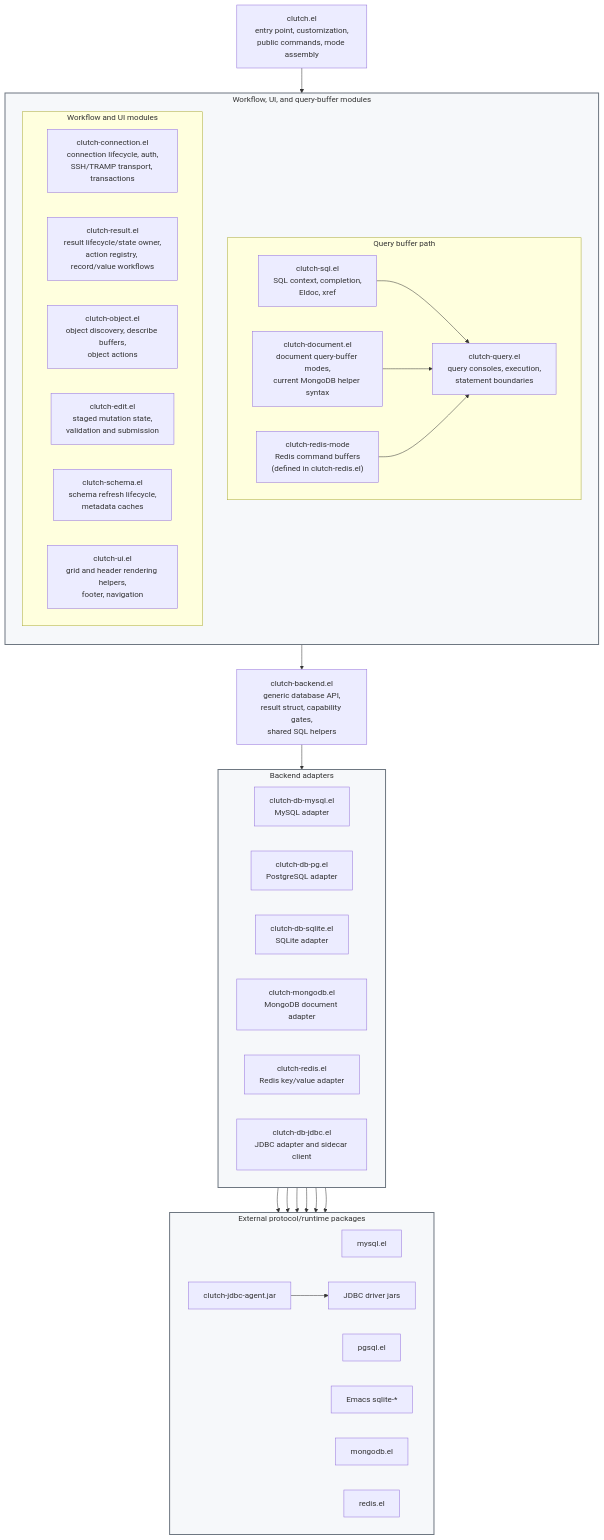
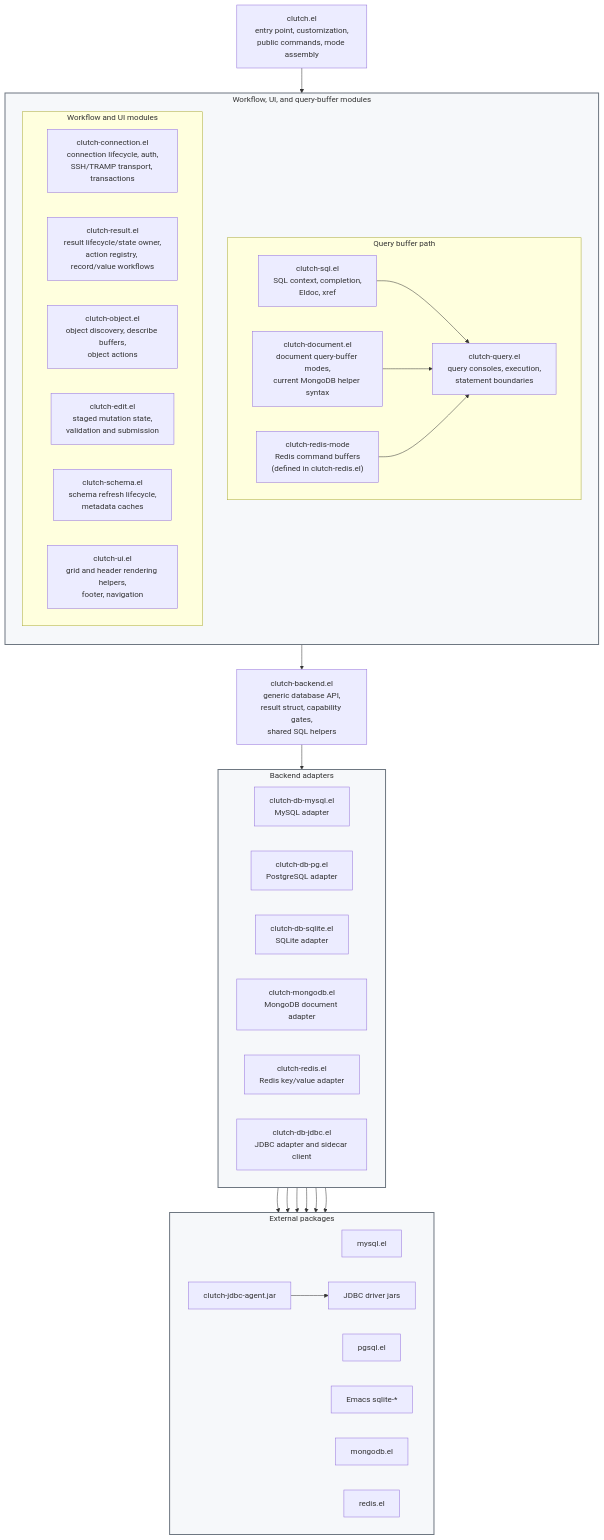
One commit to LuciusChen/clutch changed the first of 6 diagrams in docs/architecture.md. Above: the diagram before and after it, drawn with Mermaid. The commit also changed other lines of this file, not shown here.

````diff
--- a/docs/architecture.md
+++ b/docs/architecture.md
@@ -7,68 +7,68 @@
 ```mermaid
 flowchart TB
   Entry["clutch.el<br/>entry point, customization,<br/>public commands, mode assembly"]
 
   subgraph Workflow["Workflow, UI, and query-buffer modules"]
     direction TB
     subgraph QueryPath["Query buffer path"]
       direction LR
       SQL["clutch-sql.el<br/>SQL context, completion,<br/>Eldoc, xref"]
       Document["clutch-document.el<br/>document query-buffer modes,<br/>current MongoDB helper syntax"]
       RedisQuery["clutch-redis-mode<br/>Redis command buffers<br/>(defined in clutch-redis.el)"]
       Query["clutch-query.el<br/>query consoles, execution,<br/>statement boundaries"]
     end
 
     subgraph WorkflowModules["Workflow and UI modules"]
       direction LR
       Conn["clutch-connection.el<br/>connection lifecycle, auth,<br/>SSH/TRAMP transport, transactions"]
       Result["clutch-result.el<br/>result lifecycle/state owner,<br/>action registry, record/value workflows"]
       Object["clutch-object.el<br/>object discovery, describe buffers,<br/>object actions"]
       Edit["clutch-edit.el<br/>staged mutation state,<br/>validation and submission"]
       Schema["clutch-schema.el<br/>schema refresh lifecycle,<br/>metadata caches"]
       UI["clutch-ui.el<br/>grid and header rendering helpers,<br/>footer, navigation"]
     end
   end
 
   Facade["clutch-backend.el<br/>generic database API,<br/>result struct, capability gates,<br/>shared SQL helpers"]
 
   subgraph Adapters["Backend adapters"]
     direction LR
     MySQL["clutch-db-mysql.el<br/>MySQL adapter"]
     PG["clutch-db-pg.el<br/>PostgreSQL adapter"]
     SQLite["clutch-db-sqlite.el<br/>SQLite adapter"]
     Mongo["clutch-mongodb.el<br/>MongoDB document adapter"]
     Redis["clutch-redis.el<br/>Redis key/value adapter"]
     JDBC["clutch-db-jdbc.el<br/>JDBC adapter and sidecar client"]
   end
 
-  subgraph External["External protocol/runtime packages"]
+  subgraph External["External packages"]
     direction LR
     MySQLExt["mysql.el"]
     PGExt["pgsql.el"]
     SQLiteExt["Emacs sqlite-*"]
     MongoExt["mongodb.el"]
     RedisExt["redis.el"]
     Agent["clutch-jdbc-agent.jar"]
     Drivers["JDBC driver jars"]
   end
 
   style Workflow fill:#f6f8fa,stroke:#6e7781,stroke-width:2px
   style Adapters fill:#f6f8fa,stroke:#6e7781,stroke-width:2px
   style External fill:#f6f8fa,stroke:#6e7781,stroke-width:2px
 
   Entry --> Workflow
   Workflow --> Facade
   Facade --> Adapters
 
   SQL --> Query
   Document --> Query
   RedisQuery --> Query
 
   MySQL --> MySQLExt
   PG --> PGExt
   SQLite --> SQLiteExt
   Mongo --> MongoExt
   Redis --> RedisExt
   JDBC --> Agent
   Agent --> Drivers
 ```
````
